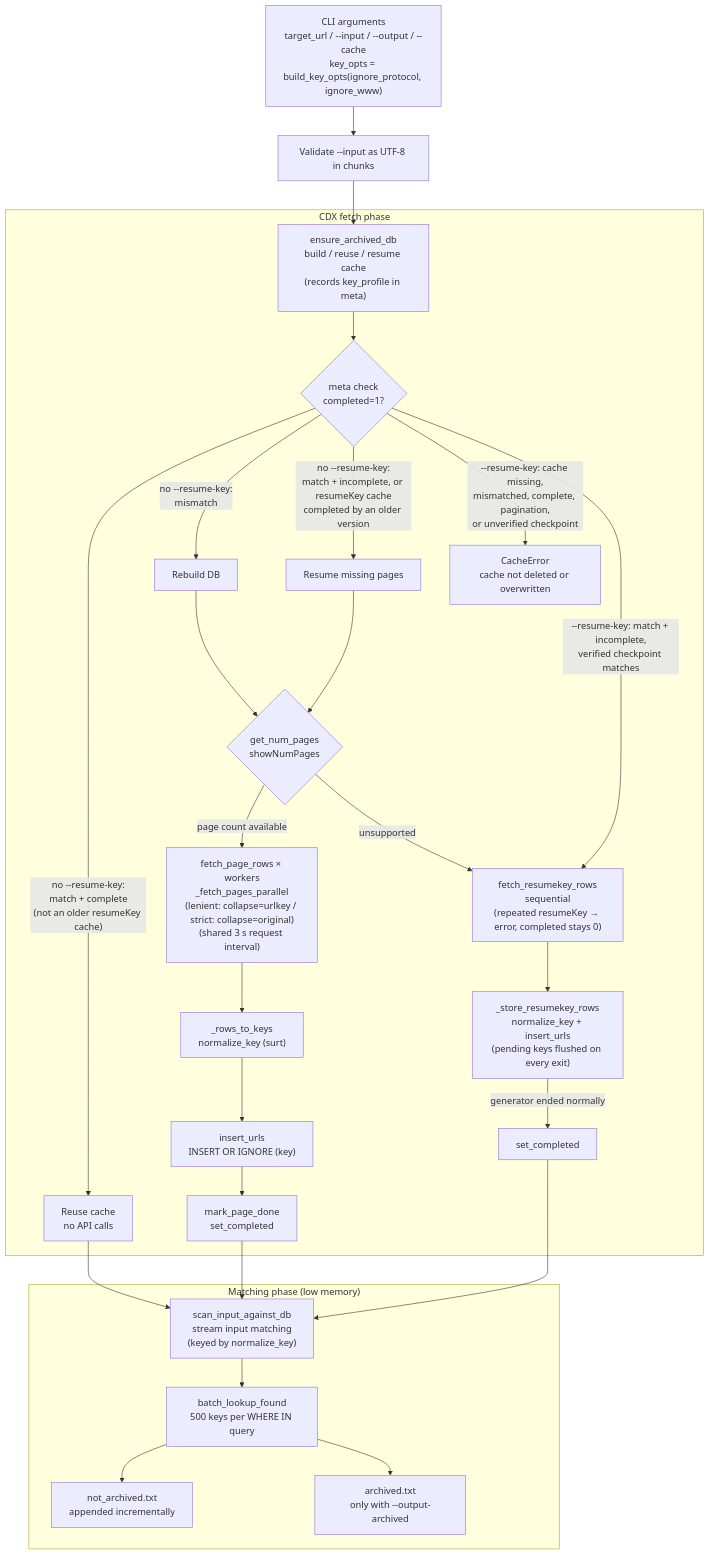
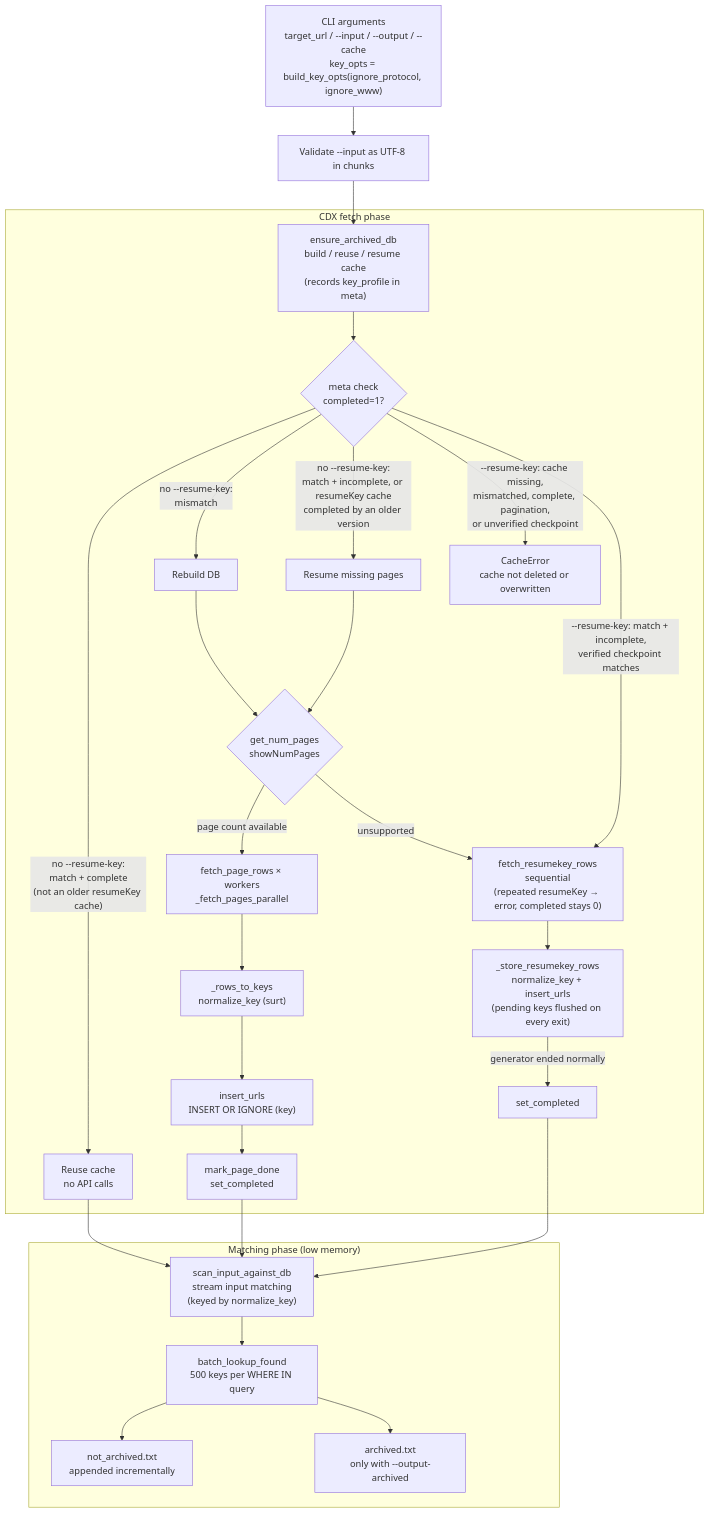
One commit to abhinavrastogi2627/wayback-gap-detector changed the diagram in ARCHITECTURE.md. Above: the diagram before and after it, drawn with Mermaid. The commit also changed other lines of this file, not shown here.

First line of the commit message:
docs: drop code-level details from ARCHITECTURE.md

````diff
--- a/ARCHITECTURE.md
+++ b/ARCHITECTURE.md
@@ -19,33 +19,33 @@
 ```mermaid
 flowchart TD
     CLI["CLI arguments\ntarget_url / --input / --output / --cache\nkey_opts = build_key_opts(ignore_protocol, ignore_www)"] --> INPUT["Validate --input as UTF-8 in chunks"]
     INPUT --> ENSURE["ensure_archived_db\nbuild / reuse / resume cache\n(records key_profile in meta)"]
 
     subgraph FETCH["CDX fetch phase"]
         ENSURE --> META{"meta check\ncompleted=1?"}
         META -- "no --resume-key:\nmatch + complete\n(not an older resumeKey cache)" --> REUSE["Reuse cache\nno API calls"]
         META -- "no --resume-key:\nmismatch" --> REBUILD["Rebuild DB"]
         META -- "no --resume-key:\nmatch + incomplete, or resumeKey cache\ncompleted by an older version" --> RESUME["Resume missing pages"]
         META -- "--resume-key: cache missing,\nmismatched, complete, pagination,\nor unverified checkpoint" --> REJECT["CacheError\ncache not deleted or overwritten"]
         META -- "--resume-key: match + incomplete,\nverified checkpoint matches" --> SEQ
         REBUILD --> NUM{"get_num_pages\nshowNumPages"}
         RESUME --> NUM
-        NUM -- "page count available" --> PAR["fetch_page_rows × workers\n_fetch_pages_parallel\n(lenient: collapse=urlkey / strict: collapse=original)\n(shared 3 s request interval)"]
+        NUM -- "page count available" --> PAR["fetch_page_rows × workers\n_fetch_pages_parallel"]
         NUM -- "unsupported" --> SEQ["fetch_resumekey_rows\nsequential\n(repeated resumeKey → error, completed stays 0)"]
         PAR --> NORM["_rows_to_keys\nnormalize_key (surt)"]
         NORM --> INS["insert_urls\nINSERT OR IGNORE (key)"]
         INS --> DONE_PAGES["mark_page_done\nset_completed"]
         SEQ --> STORE["_store_resumekey_rows\nnormalize_key + insert_urls\n(pending keys flushed on every exit)"]
         STORE -- "generator ended normally" --> SEQ_DONE["set_completed"]
     end
 
     REUSE --> SCAN["scan_input_against_db\nstream input matching\n(keyed by normalize_key)"]
     DONE_PAGES --> SCAN
     SEQ_DONE --> SCAN
 
     subgraph CHECK["Matching phase (low memory)"]
         SCAN --> BATCH["batch_lookup_found\n500 keys per WHERE IN query"]
         BATCH --> W1["not_archived.txt\nappended incrementally"]
         BATCH --> W2["archived.txt\nonly with --output-archived"]
     end
 ```
````
